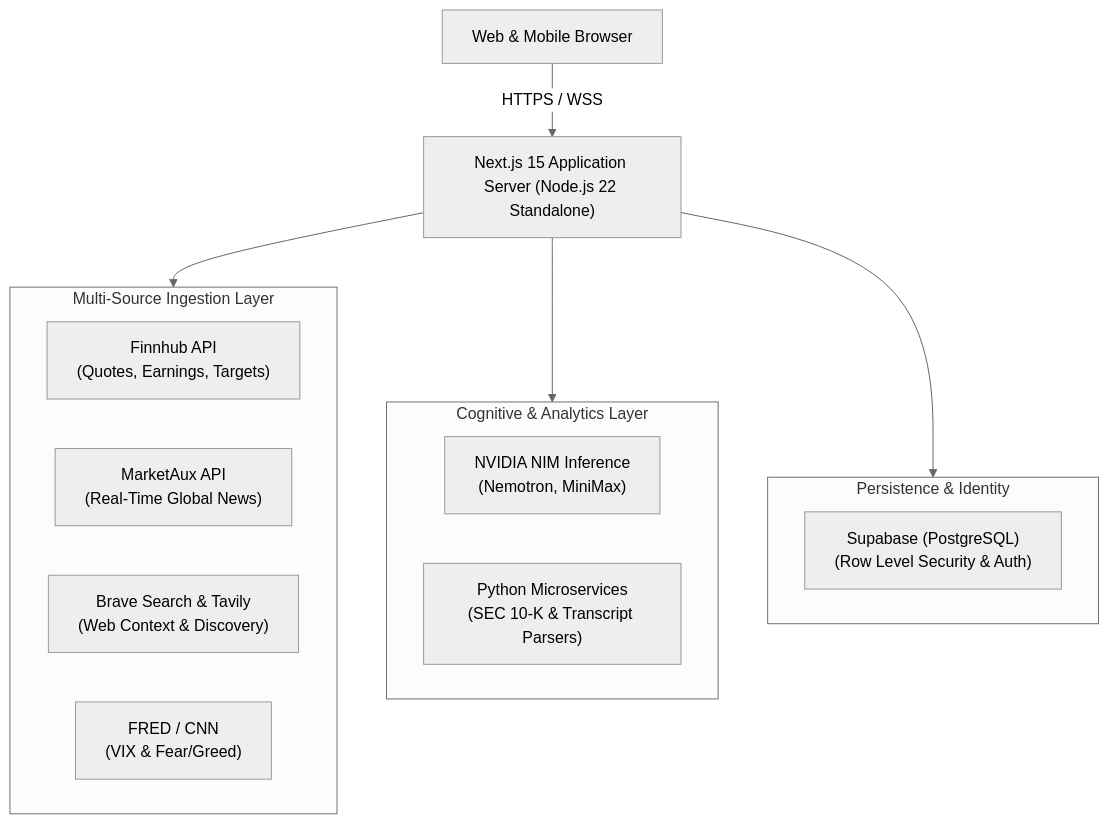
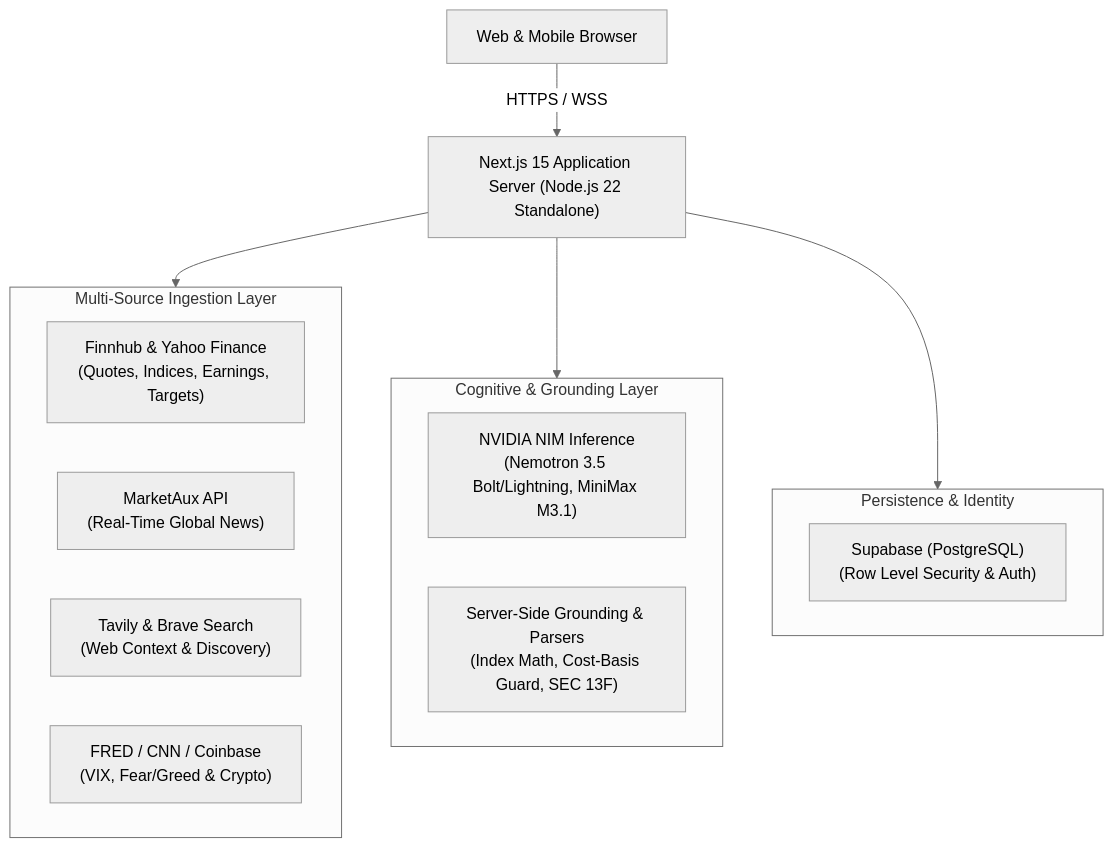
Before and after one commit to AnishDubey27/velora: the diagram in README.md, drawn with Mermaid (neutral theme). The commit also changed other lines of this file and 4 other files, not shown here.

````diff
--- a/README.md
+++ b/README.md
@@ -34,24 +62,24 @@
 ```mermaid
 graph TD
     User["Web & Mobile Browser"] -->|HTTPS / WSS| NextApp["Next.js 15 Application Server (Node.js 22 Standalone)"]
 
     subgraph DataIngestion["Multi-Source Ingestion Layer"]
-        Finnhub["Finnhub API<br/>(Quotes, Earnings, Targets)"]
+        Finnhub["Finnhub & Yahoo Finance<br/>(Quotes, Indices, Earnings, Targets)"]
         MarketAux["MarketAux API<br/>(Real-Time Global News)"]
-        BraveSearch["Brave Search & Tavily<br/>(Web Context & Discovery)"]
-        FRED["FRED / CNN<br/>(VIX & Fear/Greed)"]
+        BraveSearch["Tavily & Brave Search<br/>(Web Context & Discovery)"]
+        FRED["FRED / CNN / Coinbase<br/>(VIX, Fear/Greed & Crypto)"]
     end
 
-    subgraph Intelligence["Cognitive & Analytics Layer"]
-        NVIDIA["NVIDIA NIM Inference<br/>(Nemotron, MiniMax)"]
-        Microservices["Python Microservices<br/>(SEC 10-K & Transcript Parsers)"]
+    subgraph Intelligence["Cognitive & Grounding Layer"]
+        NVIDIA["NVIDIA NIM Inference<br/>(Nemotron 3.5 Bolt/Lightning, MiniMax M3.1)"]
+        Grounding["Server-Side Grounding & Parsers<br/>(Index Math, Cost-Basis Guard, SEC 13F)"]
     end
 
     subgraph Storage["Persistence & Identity"]
         Supabase["Supabase (PostgreSQL)<br/>(Row Level Security & Auth)"]
     end
 
     NextApp --> DataIngestion
     NextApp --> Intelligence
     NextApp --> Storage
 ```
````
